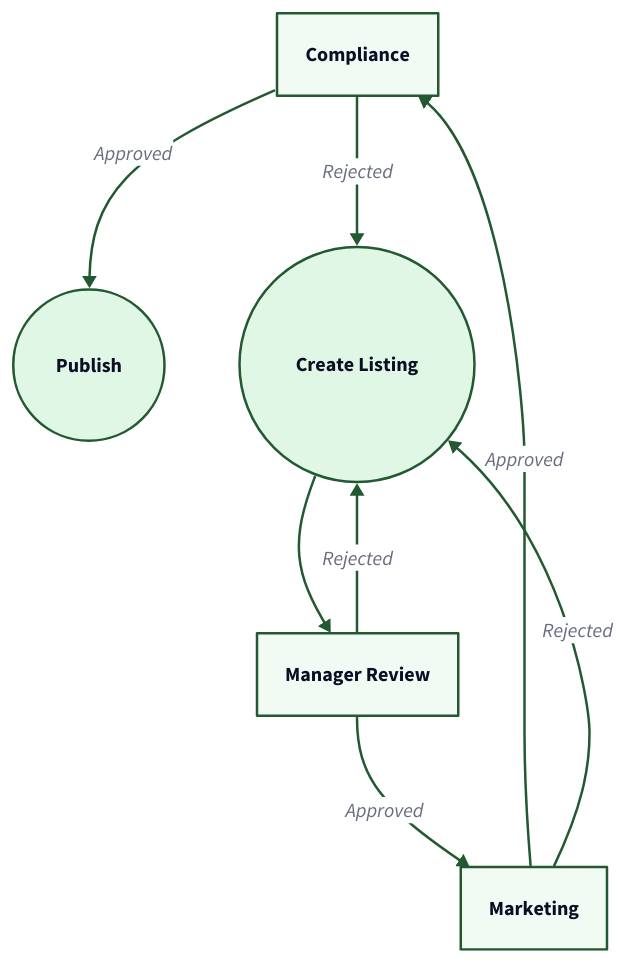
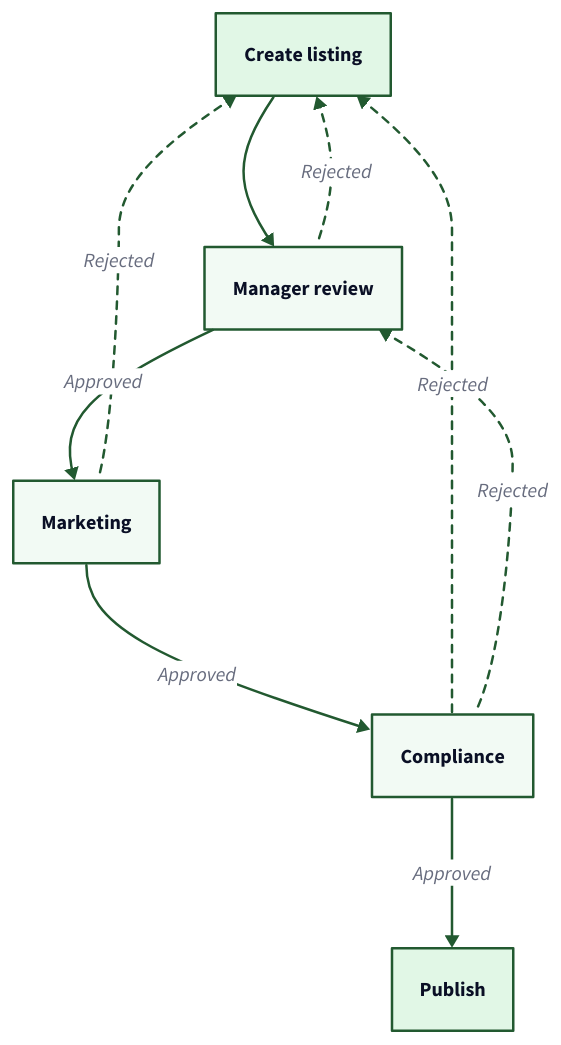
The third of 3 diagrams in src/content/docs/pro/documenting/templates/automations/examples/multi-level-approval-loops.mdx (tallyfy/documentation), drawn with D2 before and after one commit. The commit also changed other lines of this file and 12 other files, not shown here.

````diff
--- a/src/content/docs/pro/documenting/templates/automations/examples/multi-level-approval-loops.mdx
+++ b/src/content/docs/pro/documenting/templates/automations/examples/multi-level-approval-loops.mdx
@@ -332,64 +309,60 @@
 ```d2
 # Property Listing Approval Workflow
 direction: down
 
-# Approval Steps
-Compliance: Compliance {
-  shape: rectangle
+Agent: "Create listing" {
+  style.fill: "#e1f7e6"
+  style.stroke: "#225930"
+}
+Manager: "Manager review" {
   style.fill: "#f2faf4"
   style.stroke: "#225930"
 }
-Marketing: Marketing {
-  shape: rectangle
+Marketing: "Marketing" {
   style.fill: "#f2faf4"
   style.stroke: "#225930"
 }
-
-# End
-Publish: Publish {
-  shape: circle
-  style.fill: "#e1f7e6"
-  style.stroke: "#225930"
-  style.stroke-width: 2
-}
-
-# Start
-Agent: Create Listing {
-  shape: circle
-  style.fill: "#e1f7e6"
+Compliance: "Compliance" {
+  style.fill: "#f2faf4"
   style.stroke: "#225930"
 }
-Manager: Manager Review {
-  shape: rectangle
-  style.fill: "#f2faf4"
+Publish: "Publish" {
+  style.fill: "#e1f7e6"
   style.stroke: "#225930"
 }
 
 # Approvals move forward
-Agent -> Manager {
+Agent -> Manager: {
   style.stroke: "#225930"
 }
 Manager -> Marketing: "Approved" {
   style.stroke: "#225930"
   style.stroke-width: 2
 }
 Marketing -> Compliance: "Approved" {
   style.stroke: "#225930"
   style.stroke-width: 2
 }
 Compliance -> Publish: "Approved" {
   style.stroke: "#225930"
   style.stroke-width: 2
 }
 
-# Rejections return to the agent
-Manager -> Agent: "Rejected" {
+# Rejections return to the agent, and compliance also reopens the manager review
+Agent <- Manager: "Rejected" {
   style.stroke: "#225930"
+  style.stroke-dash: 3
 }
-Marketing -> Agent: "Rejected" {
+Agent <- Marketing: "Rejected" {
   style.stroke: "#225930"
+  style.stroke-dash: 3
 }
-Compliance -> Agent: "Rejected" {
+Agent <- Compliance: "Rejected" {
   style.stroke: "#225930"
+  style.stroke-dash: 3
+}
+Manager <- Compliance: "Rejected" {
+  style.stroke: "#225930"
+  style.stroke-dash: 3
 }
 ```
````
